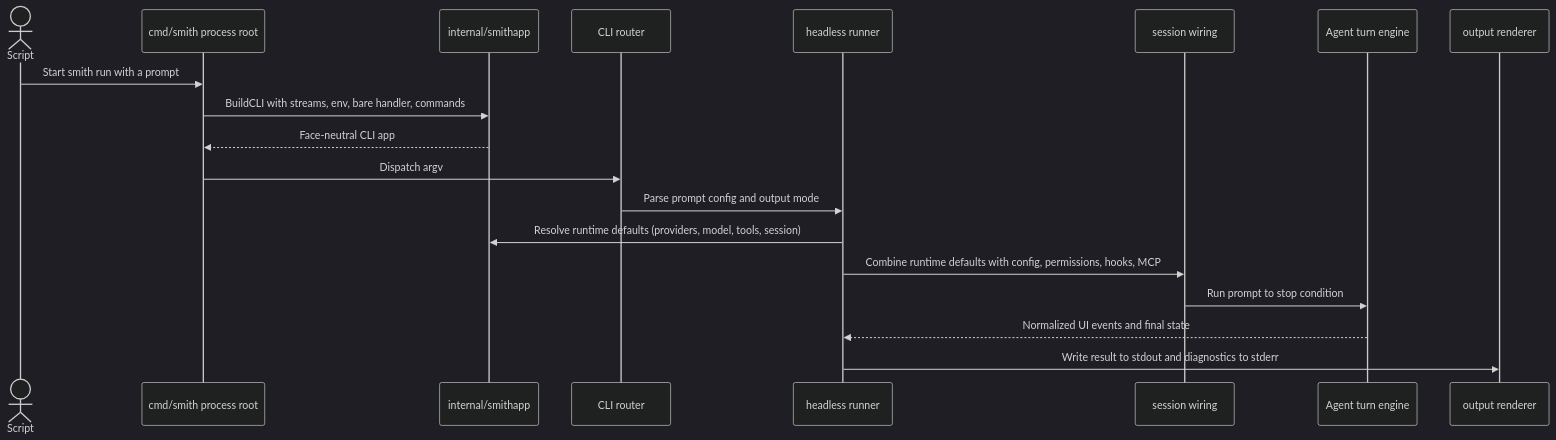
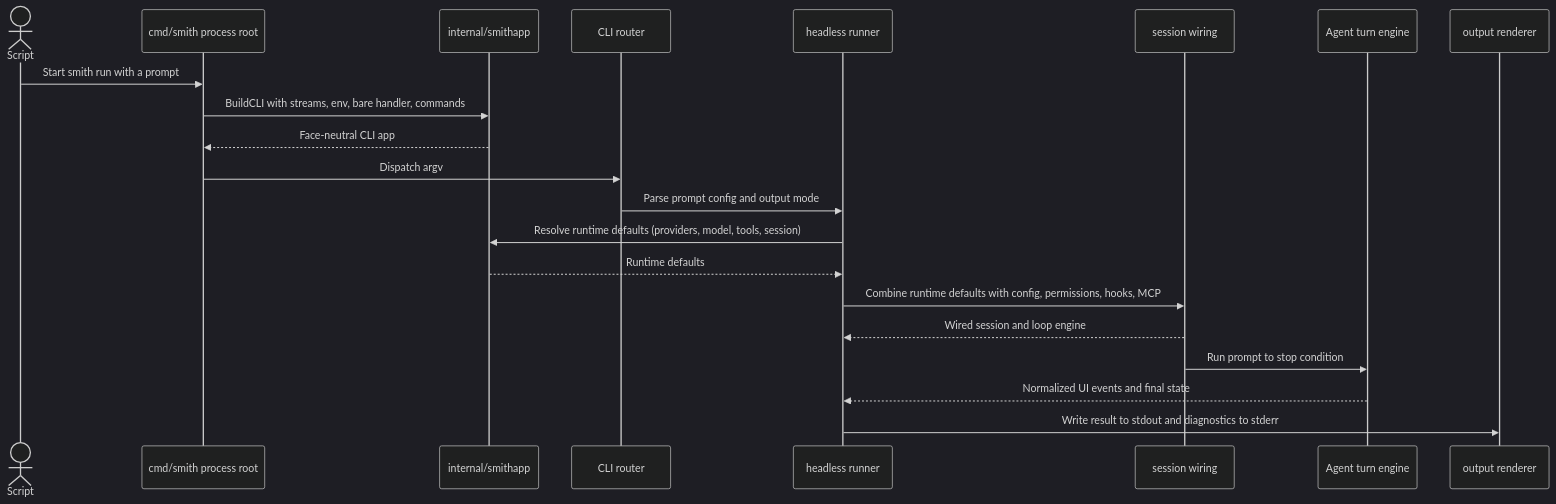
Before and after one commit to tonitienda/agent-smith: the fourth of 4 diagrams in docs/architecture/runtime-flows.md, drawn with Mermaid (dark theme). The commit also changed other lines of this file and 2 other files, not shown here.

Commit message:
Update architecture docs for smithapp composition

````diff
--- a/docs/architecture/runtime-flows.md
+++ b/docs/architecture/runtime-flows.md
@@ -89,22 +90,24 @@
 ```mermaid
 sequenceDiagram
     actor Script
     participant ProcessRoot as cmd/smith process root
     participant SmithApp as internal/smithapp
     participant CLIRouter as CLI router
     participant HeadlessRunner as headless runner
     participant ChatController as session wiring
     participant AgentLoop as Agent turn engine
     participant OutputRenderer as output renderer
 
     Script->>ProcessRoot: Start smith run with a prompt
     ProcessRoot->>SmithApp: BuildCLI with streams, env, bare handler, commands
     SmithApp-->>ProcessRoot: Face-neutral CLI app
     ProcessRoot->>CLIRouter: Dispatch argv
     CLIRouter->>HeadlessRunner: Parse prompt config and output mode
     HeadlessRunner->>SmithApp: Resolve runtime defaults (providers, model, tools, session)
+    SmithApp-->>HeadlessRunner: Runtime defaults
     HeadlessRunner->>ChatController: Combine runtime defaults with config, permissions, hooks, MCP
+    ChatController-->>HeadlessRunner: Wired session and loop engine
     ChatController->>AgentLoop: Run prompt to stop condition
     AgentLoop-->>HeadlessRunner: Normalized UI events and final state
     HeadlessRunner->>OutputRenderer: Write result to stdout and diagnostics to stderr
 ```
````
